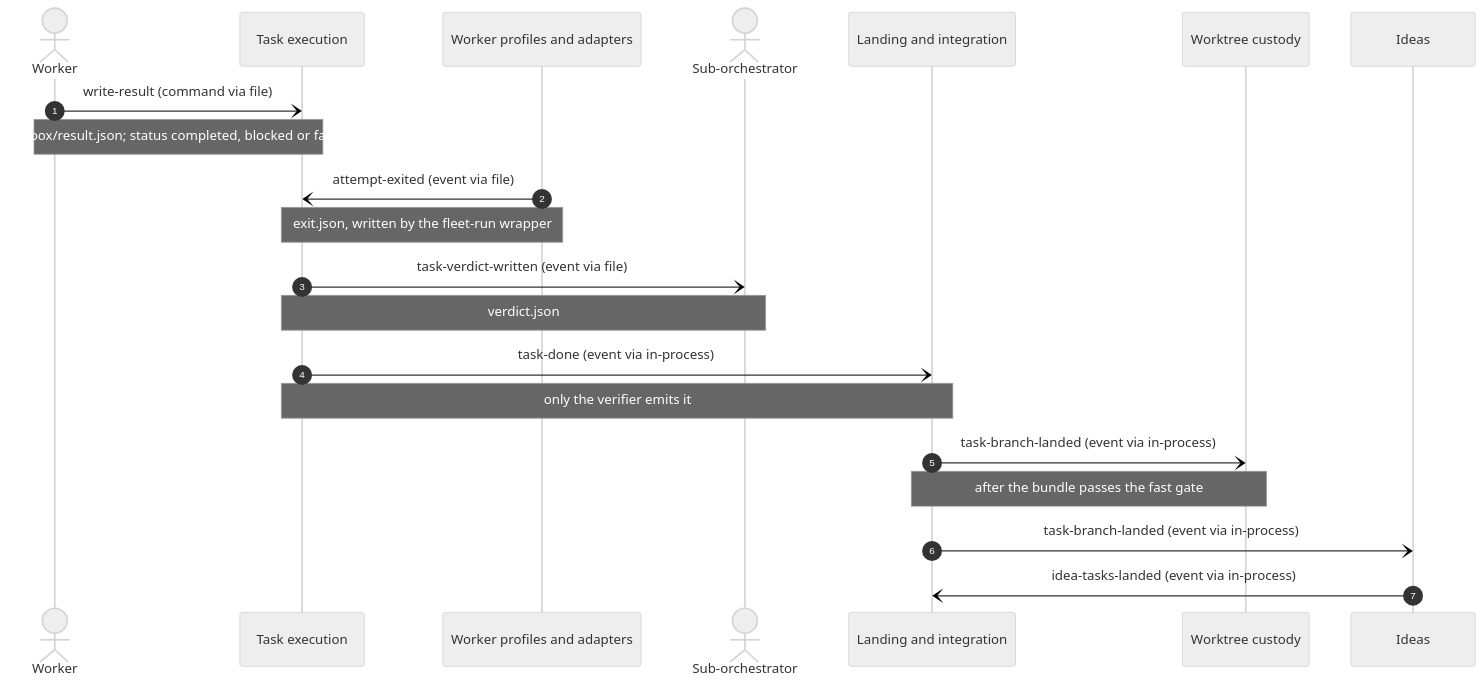
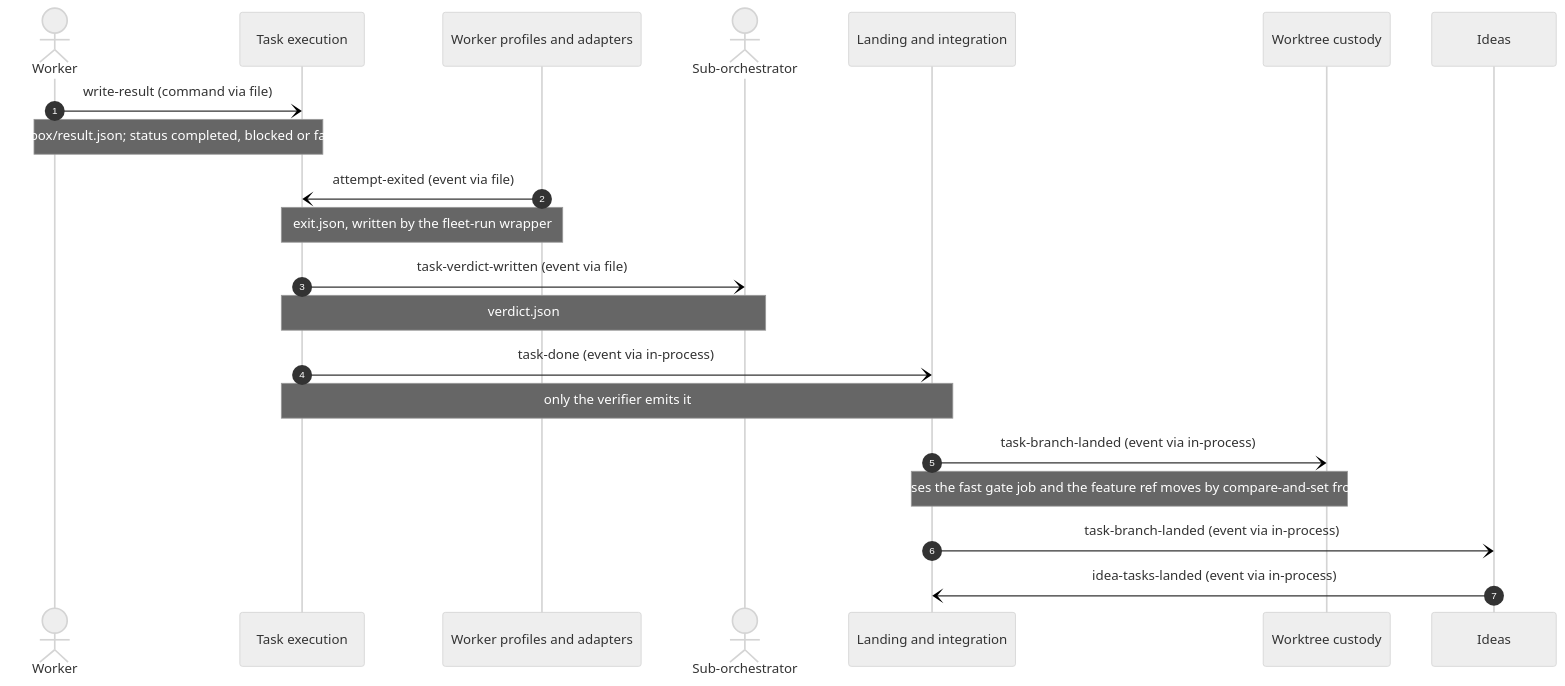
Before and after one commit to MattMakes/multi-herdr: the third of 14 diagrams in ddd/05-connect/message-flows.md, drawn with Mermaid (neutral theme). The commit also changed other lines of this file and 19 other files, not shown here.

````diff
--- a/ddd/05-connect/message-flows.md
+++ b/ddd/05-connect/message-flows.md
@@ -118,23 +118,23 @@
 ```mermaid
 sequenceDiagram
   autonumber
   actor worker as Worker
   participant task_execution as Task execution
   participant worker_profiles as Worker profiles and adapters
   actor sub_orchestrator as Sub-orchestrator
   participant integration as Landing and integration
   participant worktree_custody as Worktree custody
   participant ideas as Ideas
   worker-)task_execution: write-result (command via file)
   Note over worker,task_execution: outbox/result.json#59; status completed, blocked or failed
   worker_profiles-)task_execution: attempt-exited (event via file)
   Note over worker_profiles,task_execution: exit.json, written by the fleet-run wrapper
   task_execution-)sub_orchestrator: task-verdict-written (event via file)
   Note over task_execution,sub_orchestrator: verdict.json
   task_execution-)integration: task-done (event via in-process)
   Note over task_execution,integration: only the verifier emits it
   integration-)worktree_custody: task-branch-landed (event via in-process)
-  Note over integration,worktree_custody: after the bundle passes the fast gate
+  Note over integration,worktree_custody: after the bundle passes the fast gate job and the feature ref moves by compare-and-set from the base tip (A27)
   integration-)ideas: task-branch-landed (event via in-process)
   ideas-)integration: idea-tasks-landed (event via in-process)
 ```
````
